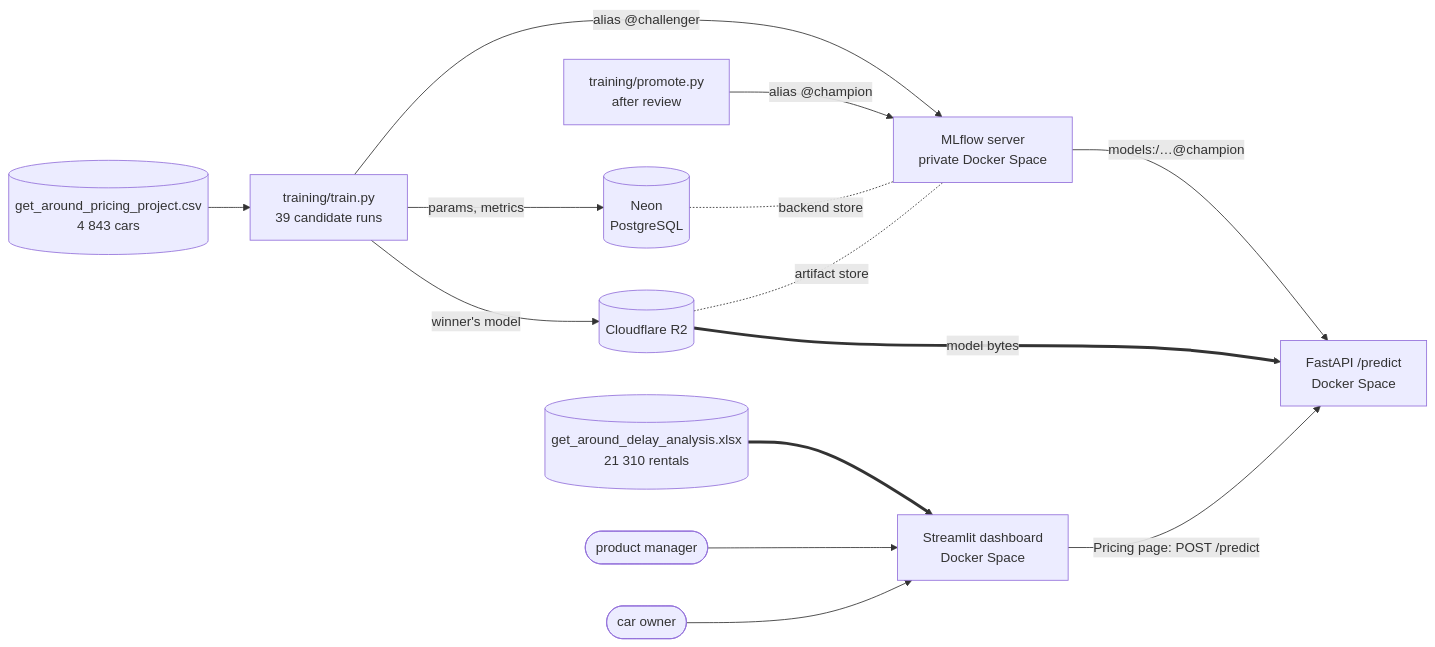
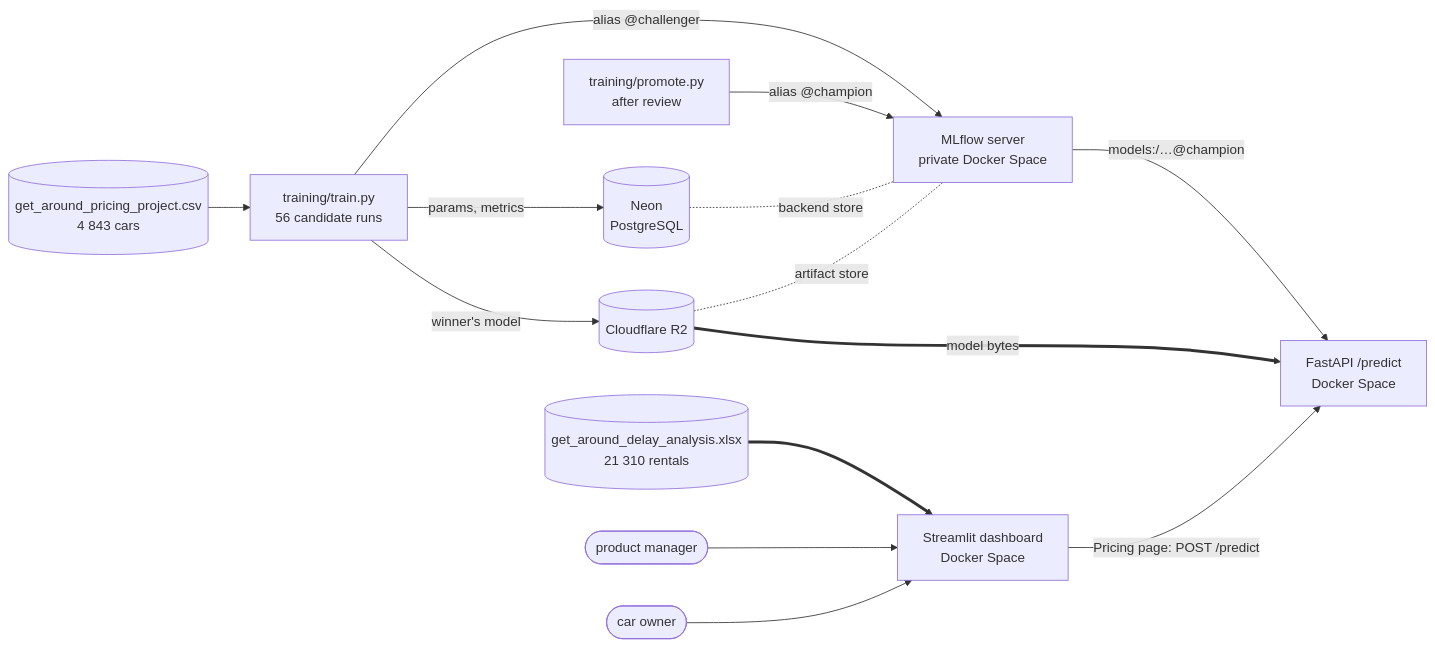
The diagram in README.md (paezxavi/jedha_get_around_project), drawn with Mermaid before and after one commit. The commit also changed other lines of this file and 8 other files, not shown here.

````diff
--- a/README.md
+++ b/README.md
@@ -28,16 +28,16 @@
 ```mermaid
 flowchart LR
-    C[("get_around_pricing_project.csv<br/>4 843 cars")] --> T["training/train.py<br/>39 candidate runs"]
+    C[("get_around_pricing_project.csv<br/>4 843 cars")] --> T["training/train.py<br/>56 candidate runs"]
     T -->|params, metrics| N[("Neon<br/>PostgreSQL")]
     T -->|winner's model| R[("Cloudflare R2")]
     T -->|"alias @challenger"| M["MLflow server<br/>private Docker Space"]
     P["training/promote.py<br/>after review"] -->|"alias @champion"| M
     N -. backend store .- M
     R -. artifact store .- M
     M -->|"models:/…@champion"| A["FastAPI /predict<br/>Docker Space"]
     R ==>|model bytes| A
     X[("get_around_delay_analysis.xlsx<br/>21 310 rentals")] ==> S["Streamlit dashboard<br/>Docker Space"]
     S -->|"Pricing page: POST /predict"| A
     U([product manager]) --> S
     O([car owner]) --> S
 ```
````
